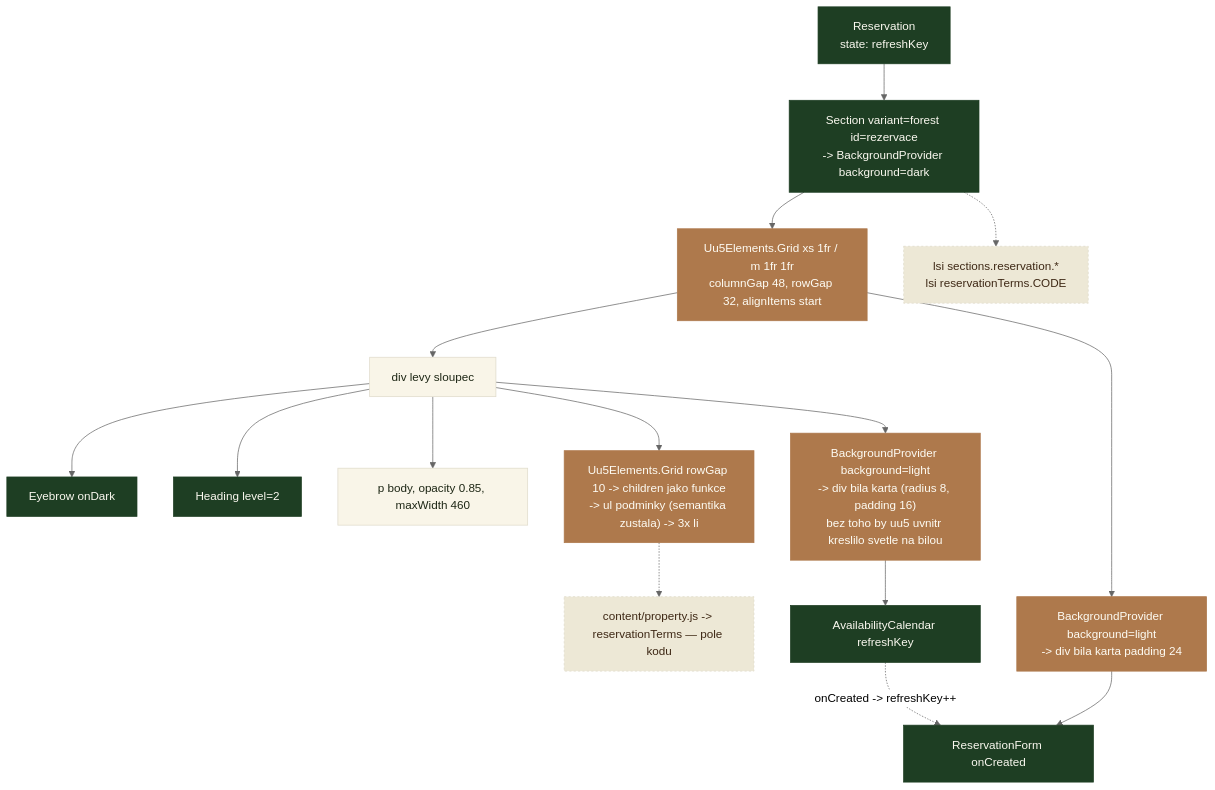
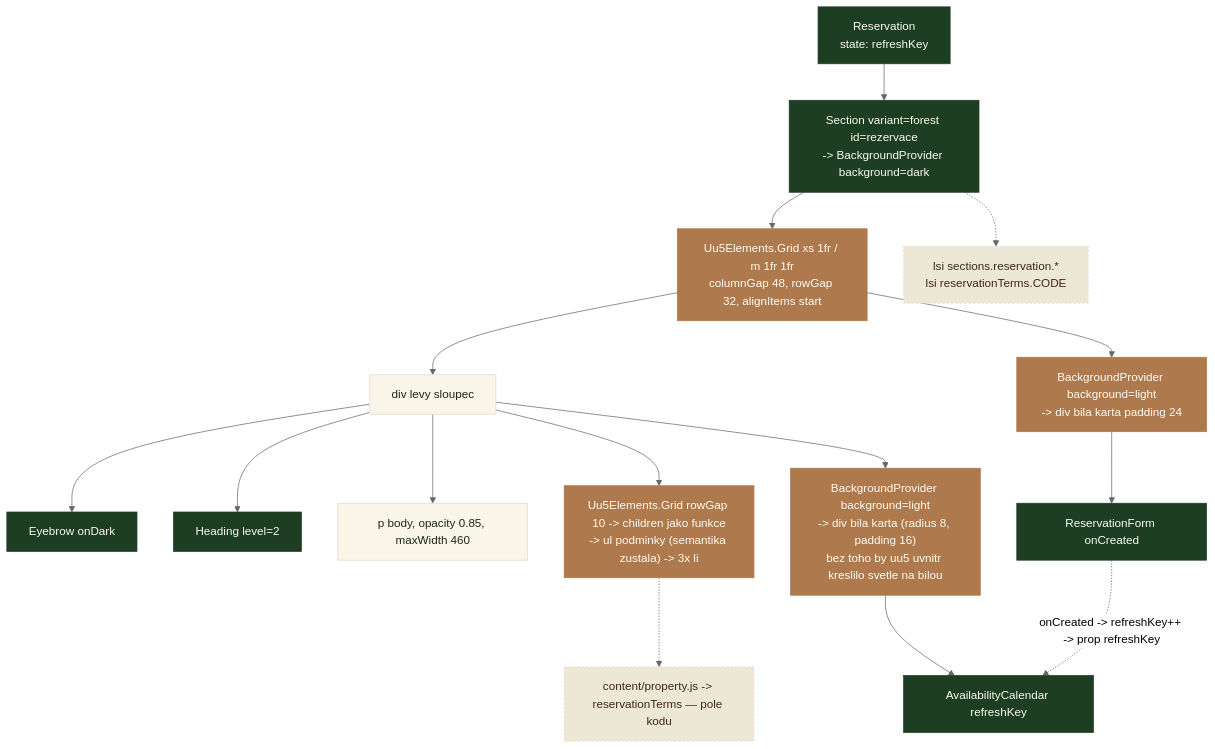
The ninth of 29 diagrams in docs/component-tree.md (capo00/caio_propertyman), drawn with Mermaid (neutral theme) before and after one commit. The commit also changed other lines of this file and 4 other files, not shown here.

First line of the commit message:
docs: re-verify the component diagrams against the code

````diff
--- a/docs/component-tree.md
+++ b/docs/component-tree.md
@@ -407,37 +430,37 @@
 ```mermaid
 flowchart TD
   RS["Reservation<br/>state: refreshKey"]:::own
   S["Section variant=forest id=rezervace<br/>-> BackgroundProvider background=dark"]:::own
   G["Uu5Elements.Grid xs 1fr / m 1fr 1fr<br/>columnGap 48, rowGap 32, alignItems start"]:::uu5
 
   L["div levy sloupec"]:::html
   E["Eyebrow onDark"]:::own
   H["Heading level=2"]:::own
   P["p body, opacity 0.85, maxWidth 460"]:::html
   UL["Uu5Elements.Grid rowGap 10 -> children jako funkce<br/>-> ul podminky (semantika zustala) -> 3x li"]:::uu5
   CW["BackgroundProvider background=light<br/>-> div bila karta (radius 8, padding 16)<br/>bez toho by uu5 uvnitr kreslilo svetle na bilou"]:::uu5
   AC["AvailabilityCalendar refreshKey"]:::own
 
   R["BackgroundProvider background=light<br/>-> div bila karta padding 24"]:::uu5
   RF["ReservationForm onCreated"]:::own
 
   D["content/property.js -> reservationTerms — pole kodu"]:::data
   LS["lsi sections.reservation.*<br/>lsi reservationTerms.CODE"]:::data
 
   RS --> S --> G
   G --> L
   L --> E
   L --> H
   L --> P
   L --> UL
   L --> CW --> AC
   G --> R --> RF
   UL -.-> D
   S -.-> LS
-  AC -.->|"onCreated -> refreshKey++"| RF
+  RF -.->|"onCreated -> refreshKey++ -> prop refreshKey"| AC
 
   classDef own fill:#1E3E23,color:#FBF9F0,stroke:#1E3E23
   classDef html fill:#F9F5E8,color:#1E2715,stroke:#DFDBCB
   classDef uu5 fill:#AE794C,color:#FEFCF4,stroke:#AE794C
   classDef data fill:#EDE8D6,color:#3E2815,stroke:#DFDBCB,stroke-dasharray:3 3
 ```
````
